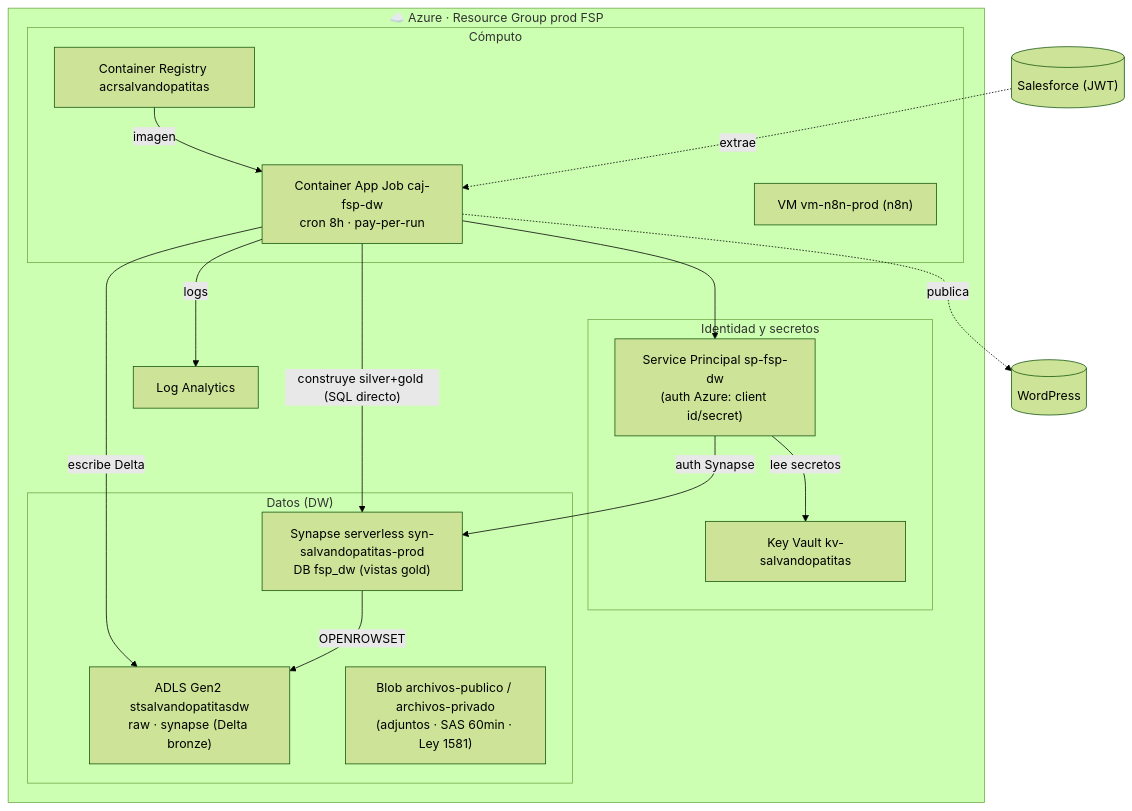
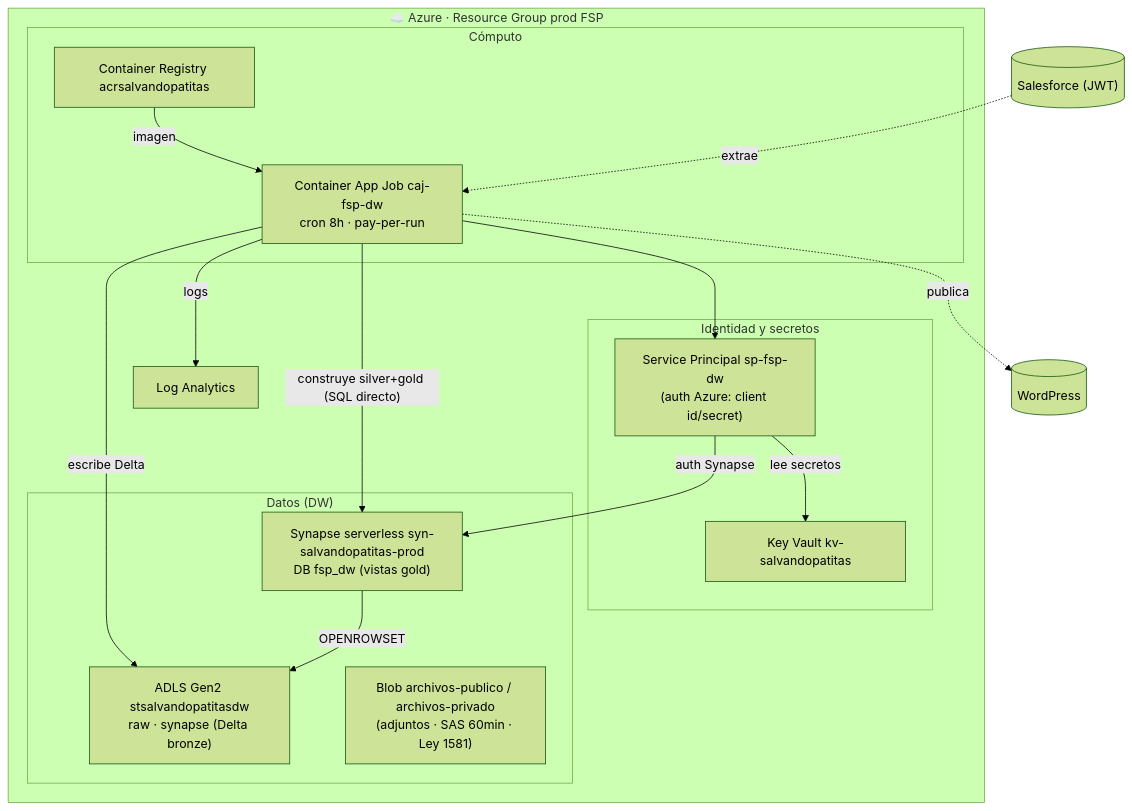
The fifth of 6 diagrams in docs/atlas/README.md (VladislavMarinovich/portafolio), drawn with Mermaid (forest theme) before and after one commit. The commit also changed other lines of this file and 4 other files, not shown here.

````diff
--- a/docs/atlas/README.md
+++ b/docs/atlas/README.md
@@ -180,30 +176,29 @@
 ```mermaid
 flowchart TD
     subgraph RG["☁️ Azure · Resource Group prod FSP"]
         subgraph AUTH["Identidad y secretos"]
             KV["Key Vault kv-salvandopatitas"]
             SP["Service Principal sp-fsp-dw<br/>(auth Azure: client id/secret)"]
         end
         subgraph COMPUTE["Cómputo"]
             ACR["Container Registry acrsalvandopatitas"]
             JOB["Container App Job caj-fsp-dw<br/>cron 8h · pay-per-run"]
-            VMN8N["VM vm-n8n-prod (n8n)"]
         end
         subgraph DATA["Datos (DW)"]
             ADLS["ADLS Gen2 stsalvandopatitasdw<br/>raw · synapse (Delta bronze)"]
             SYN["Synapse serverless syn-salvandopatitas-prod<br/>DB fsp_dw (vistas gold)"]
             BLOB["Blob archivos-publico / archivos-privado<br/>(adjuntos · SAS 60min · Ley 1581)"]
         end
         OBS["Log Analytics"]
     end
     ACR -- imagen --> JOB
     SP -- lee secretos --> KV
     JOB --> SP
     JOB -- escribe Delta --> ADLS
     JOB -- "construye silver+gold (SQL directo)" --> SYN
     SYN -- OPENROWSET --> ADLS
     JOB -- logs --> OBS
     SP -- "auth Synapse" --> SYN
     SF[("Salesforce (JWT)")] -. extrae .-> JOB
     JOB -. publica .-> WP[("WordPress")]
 ```
````
